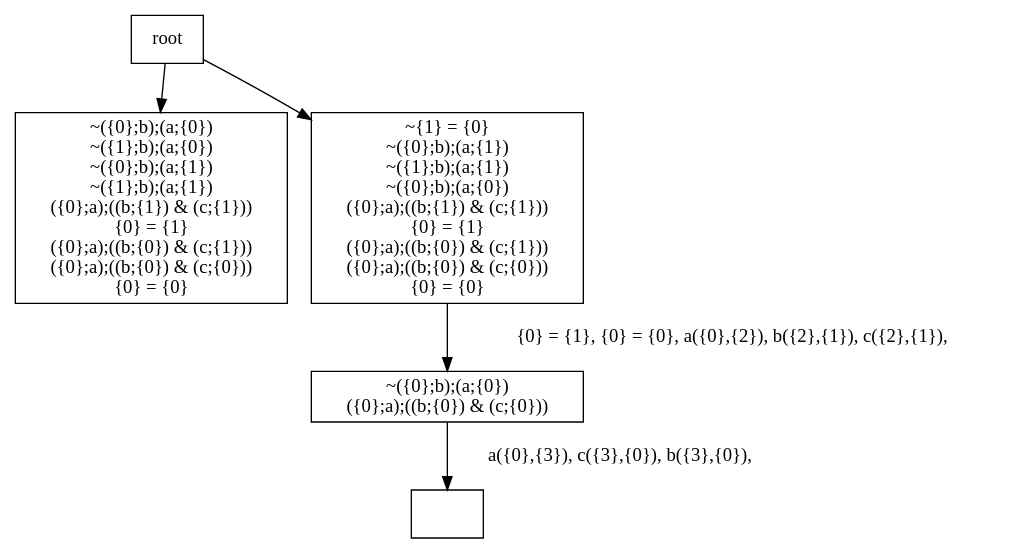
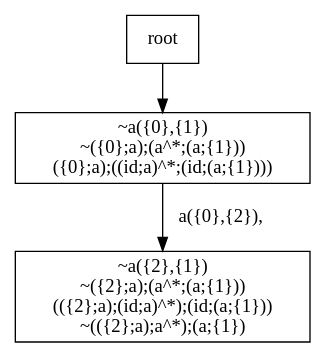
One commit to jangreen/rat changed the diagram in output/regular-debug.dot. Above: the diagram before and after it, drawn with Graphviz. The commit also changed 7 other files, not shown here.

```diff
--- a/output/regular-debug.dot
+++ b/output/regular-debug.dot
@@ -1,33 +1,15 @@
 digraph {
 node[shape="box"]
-N0x11e72c970[label="~({0};b);(a;{0})
-~({1};b);(a;{0})
-~({0};b);(a;{1})
-~({1};b);(a;{1})
-({0};a);((b;{1}) & (c;{1}))
-{0} = {1}
-({0};a);((b;{0}) & (c;{1}))
-({0};a);((b;{0}) & (c;{0}))
-{0} = {0}
+N0x150807430[label="~a({0},{1})
+~({0};a);(a^*;(a;{1}))
+({0};a);((id;a)^*;(id;(a;{1})))
 "];
-root -> N0x11e72c970;
-N0x11e72ce00[label="~{1} = {0}
-~({0};b);(a;{1})
-~({1};b);(a;{1})
-~({0};b);(a;{0})
-({0};a);((b;{1}) & (c;{1}))
-{0} = {1}
-({0};a);((b;{0}) & (c;{1}))
-({0};a);((b;{0}) & (c;{0}))
-{0} = {0}
+N0x150807430 -> N0x150906680[label="a({0},{2}), 
 "];
-N0x11e72ce00 -> N0x11e711f70[label="{0} = {1}, {0} = {0}, a({0},{2}), b({2},{1}), c({2},{1}), 
+N0x150906680[label="~a({2},{1})
+~({2};a);(a^*;(a;{1}))
+(({2};a);(id;a)^*);(id;(a;{1}))
+~(({2};a);a^*);(a;{1})
 "];
-N0x11e711f70[label="~({0};b);(a;{0})
-({0};a);((b;{0}) & (c;{0}))
-"];
-N0x11e711f70 -> N0x11e709e00[label="a({0},{3}), c({3},{0}), b({3},{0}), 
-"];
-N0x11e709e00[label=""];
-root -> N0x11e72ce00;
+root -> N0x150807430;
 }
```
